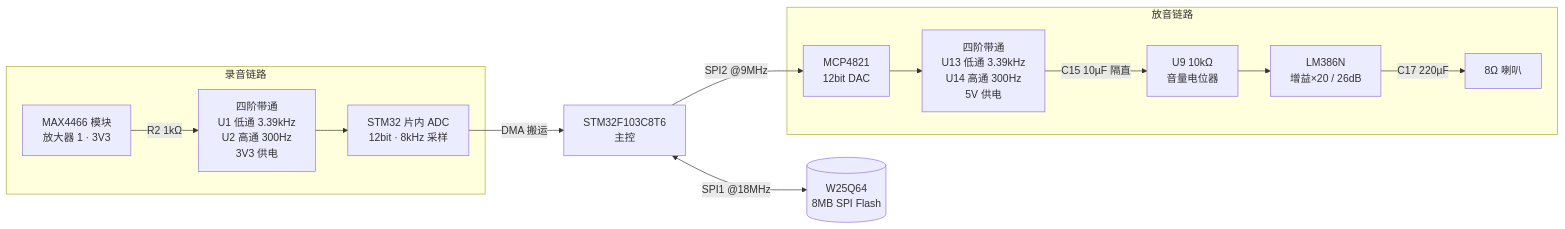
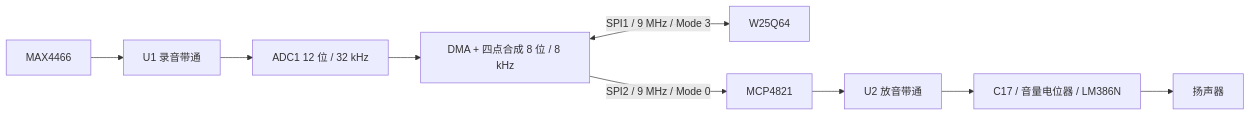
Before and after one commit to kaiture/voice-storage-playback: the diagram in README.md, drawn with Mermaid. The commit also changed other lines of this file and 5 other files, not shown here.

````diff
--- a/README.md
+++ b/README.md
@@ -65,16 +69,11 @@
 ```mermaid
 flowchart LR
-  subgraph REC["录音链路"]
-    MIC["MAX4466 模块<br>放大器 1 · 3V3"] -->|"R2 1kΩ"| BP1["四阶带通<br>U1 低通 3.39kHz<br>U2 高通 300Hz<br>3V3 供电"]
-    BP1 --> ADC["STM32 片内 ADC<br>12bit · 8kHz 采样"]
-  end
-  ADC -->|DMA 搬运| MCU["STM32F103C8T6<br>主控"]
-  MCU <-->|"SPI1 @18MHz"| FLA[("W25Q64<br>8MB SPI Flash")]
-  MCU -->|"SPI2 @9MHz"| DAC["MCP4821<br>12bit DAC"]
-  subgraph PLAY["放音链路"]
-    DAC --> BP2["四阶带通<br>U13 低通 3.39kHz<br>U14 高通 300Hz<br>5V 供电"]
-    BP2 -->|"C15 10µF 隔直"| POT["U9 10kΩ<br>音量电位器"]
-    POT --> PWR["LM386N<br>增益×20 / 26dB"]
-    PWR -->|"C17 220µF"| SPK["8Ω 喇叭"]
-  end
+  MIC["MAX4466"] --> FILTER1["U1 录音带通"]
+  FILTER1 --> ADC["ADC1 12 位 / 32 kHz"]
+  ADC --> DMA["DMA + 四点合成 8 位 / 8 kHz"]
+  DMA <-->|"SPI1 / 9 MHz / Mode 3"| FLASH["W25Q64"]
+  DMA -->|"SPI2 / 9 MHz / Mode 0"| DAC["MCP4821"]
+  DAC --> FILTER2["U2 放音带通"]
+  FILTER2 --> AMP["C17 / 音量电位器 / LM386N"]
+  AMP --> SPK["扬声器"]
 ```
````
